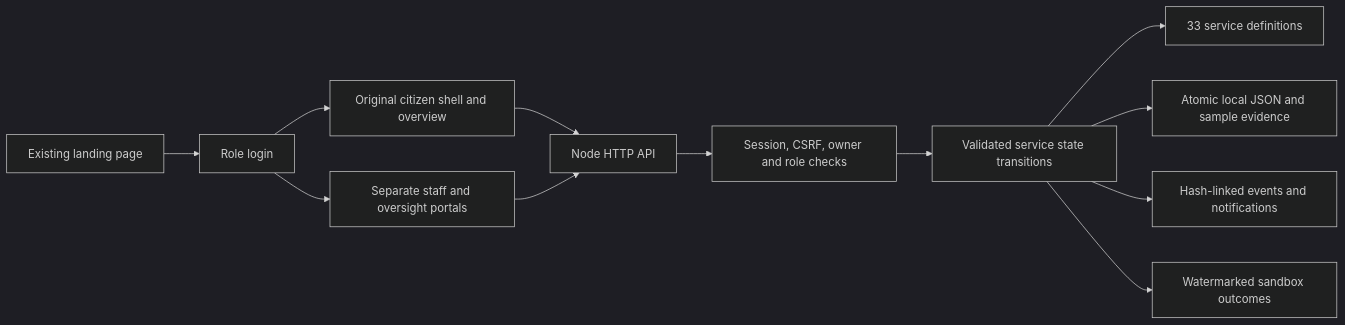
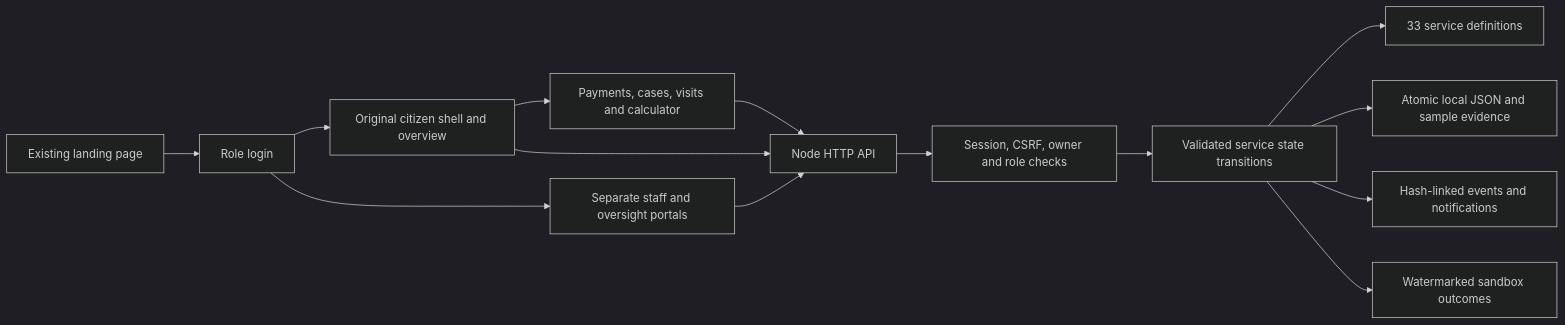
Before and after one commit to Shreyalien/E-Bhumi: the second of 2 diagrams in README.md, drawn with Mermaid (dark theme). The commit also changed other lines of this file and 51 other files, not shown here.

````diff
--- a/README.md
+++ b/README.md
@@ -197,14 +215,16 @@
 ```mermaid
 flowchart LR
     Public[Existing landing page] --> Login[Role login]
     Login --> Citizen[Original citizen shell and overview]
     Login --> Staff[Separate staff and oversight portals]
-    Citizen --> API[Node HTTP API]
+    Citizen --> Tools[Payments, cases, visits and calculator]
+    Tools --> API[Node HTTP API]
+    Citizen --> API
     Staff --> API
     API --> Guards[Session, CSRF, owner and role checks]
     Guards --> Workflows[Validated service state transitions]
     Workflows --> Catalogue[33 service definitions]
     Workflows --> Store[Atomic local JSON and sample evidence]
     Workflows --> Audit[Hash-linked events and notifications]
     Workflows --> Output[Watermarked sandbox outcomes]
 ```
````
